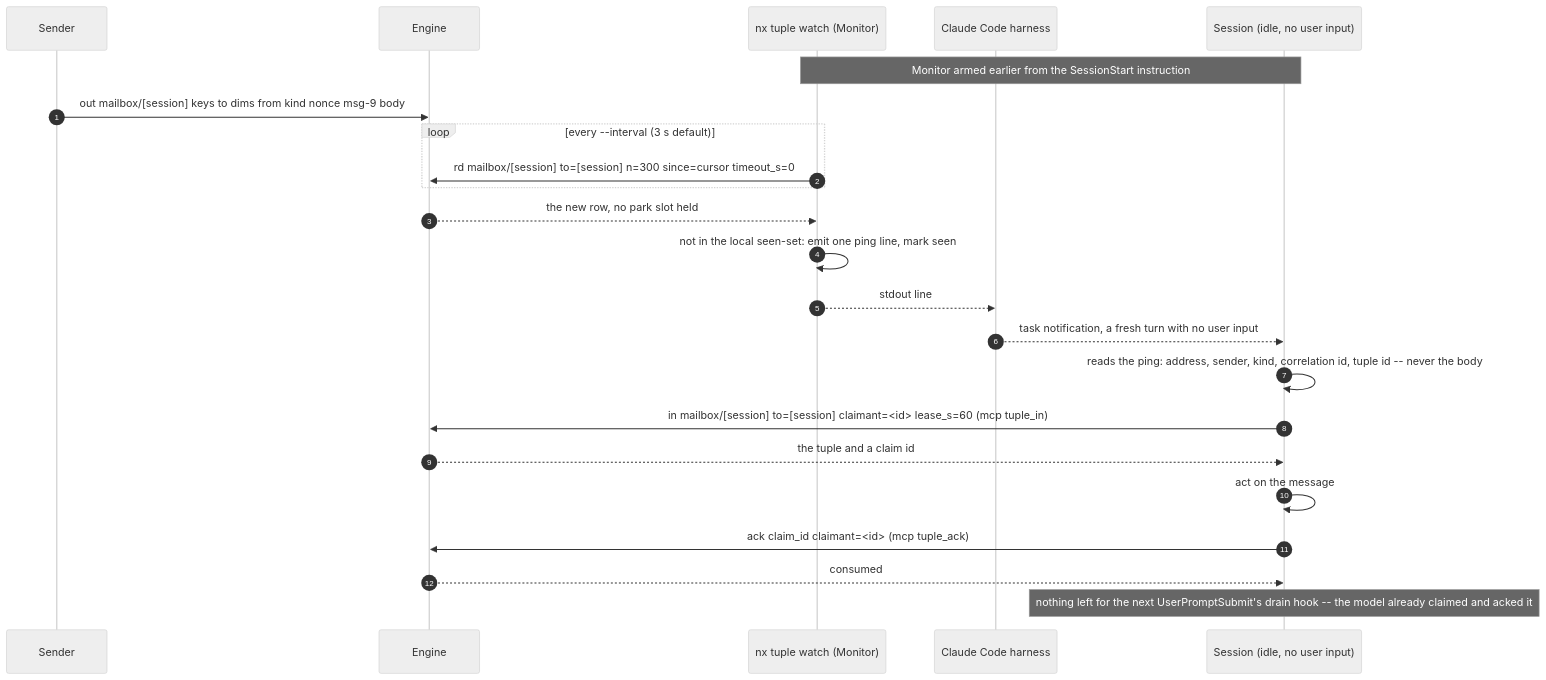
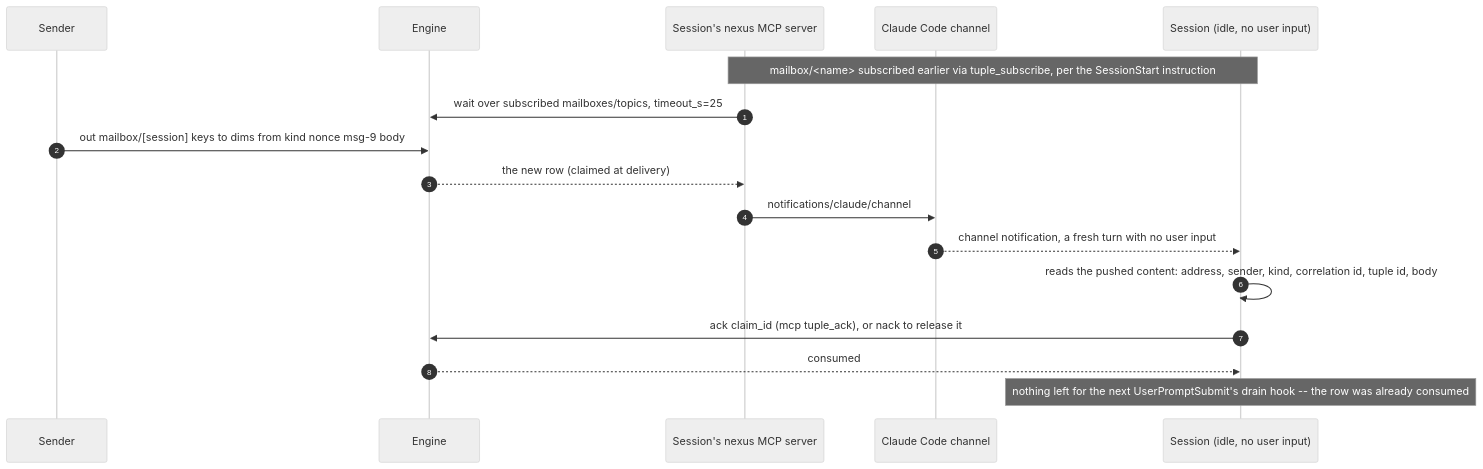
Before and after one commit to Hellblazer/nexus: the fifth of 7 diagrams in docs/tuple-space-walkthroughs.md, drawn with Mermaid (neutral theme). The commit also changed other lines of this file and 33 other files, not shown here.

Commit message:
refactor(mailbox): delete the Monitor watcher, its SessionStart arming and nx tuple watch (nexus-rplay.14)

````diff
--- a/docs/tuple-space-walkthroughs.md
+++ b/docs/tuple-space-walkthroughs.md
@@ -152,26 +152,20 @@
 ```mermaid
 sequenceDiagram
     autonumber
     participant Sn as Sender
     participant E as Engine
-    participant W as nx tuple watch (Monitor)
-    participant H as Claude Code harness
+    participant S as Session's nexus MCP server
+    participant H as Claude Code channel
     participant M as Session (idle, no user input)
 
-    Note over M,W: Monitor armed earlier from the SessionStart instruction
+    Note over M,S: mailbox/<name> subscribed earlier via tuple_subscribe, per the SessionStart instruction
+    S->>E: wait over subscribed mailboxes/topics, timeout_s=25
     Sn->>E: out mailbox/[session] keys to dims from kind nonce msg-9 body
-    loop every --interval (3 s default)
-        W->>E: rd mailbox/[session] to=[session] n=300 since=cursor timeout_s=0
-    end
-    E-->>W: the new row, no park slot held
-    W->>W: not in the local seen-set: emit one ping line, mark seen
-    W-->>H: stdout line
-    H-->>M: task notification, a fresh turn with no user input
-    M->>M: reads the ping: address, sender, kind, correlation id, tuple id -- never the body
-    M->>E: in mailbox/[session] to=[session] claimant=<id> lease_s=60 (mcp tuple_in)
-    E-->>M: the tuple and a claim id
-    M->>M: act on the message
-    M->>E: ack claim_id claimant=<id> (mcp tuple_ack)
+    E-->>S: the new row (claimed at delivery)
+    S->>H: notifications/claude/channel
+    H-->>M: channel notification, a fresh turn with no user input
+    M->>M: reads the pushed content: address, sender, kind, correlation id, tuple id, body
+    M->>E: ack claim_id (mcp tuple_ack), or nack to release it
     E-->>M: consumed
-    Note over M: nothing left for the next UserPromptSubmit's drain hook -- the model already claimed and acked it
+    Note over M: nothing left for the next UserPromptSubmit's drain hook -- the row was already consumed
 ```
````
